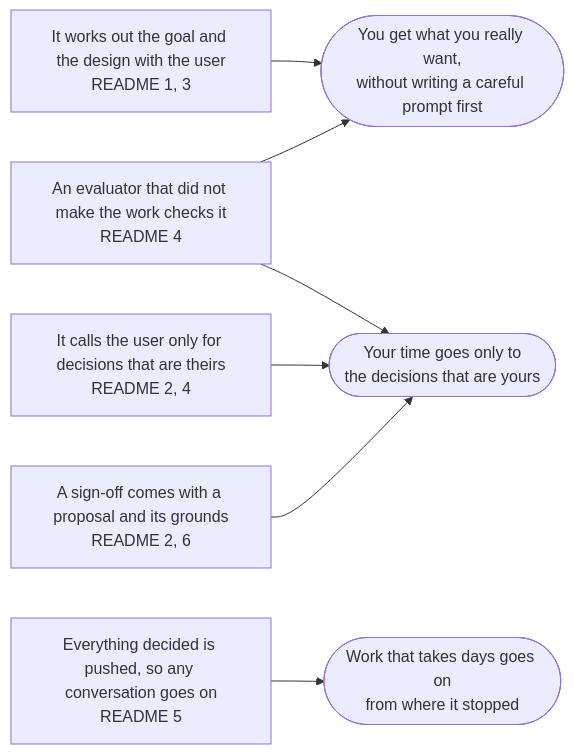
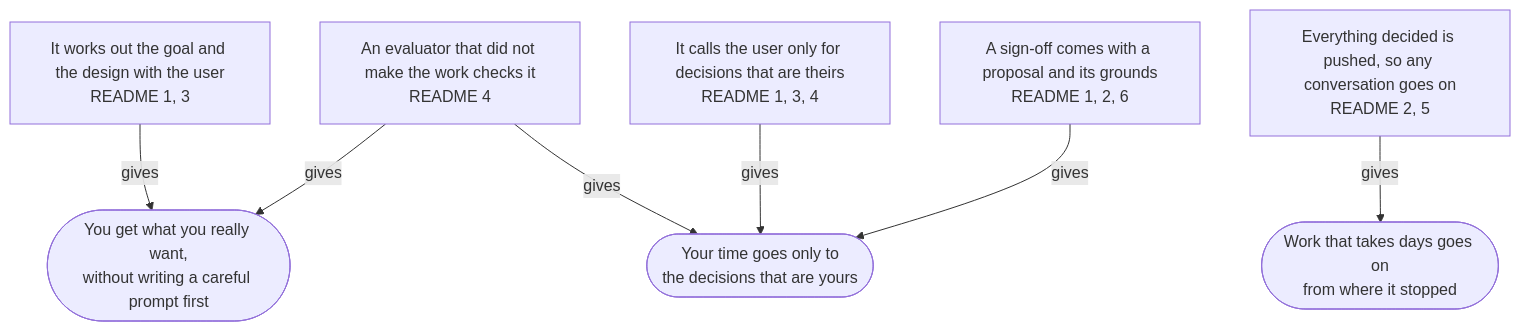
Before and after one commit to lovaizu/ccpm: the first of 4 diagrams in rn/docs/design.md, drawn with Mermaid. The commit also changed other lines of this file, not shown here.

````diff
--- a/rn/docs/design.md
+++ b/rn/docs/design.md
@@ -8,17 +5,17 @@
 ```mermaid
-flowchart LR
+flowchart TD
     F1["It works out the goal and the design with the user<br/>README 1, 3"]
+    F2["It calls the user only for decisions that are theirs<br/>README 1, 3, 4"]
     F3["An evaluator that did not make the work checks it<br/>README 4"]
-    F2["It calls the user only for decisions that are theirs<br/>README 2, 4"]
-    F4["A sign-off comes with a proposal and its grounds<br/>README 2, 6"]
-    F5["Everything decided is pushed, so any conversation goes on<br/>README 5"]
+    F4["A sign-off comes with a proposal and its grounds<br/>README 1, 2, 6"]
+    F5["Everything decided is pushed, so any conversation goes on<br/>README 2, 5"]
     B1(["You get what you really want,<br/>without writing a careful prompt first"])
     B2(["Your time goes only to<br/>the decisions that are yours"])
     B3(["Work that takes days goes on<br/>from where it stopped"])
-    F1 --> B1
-    F3 --> B1
-    F3 --> B2
-    F2 --> B2
-    F4 --> B2
-    F5 --> B3
+    F1 -->|"gives"| B1
+    F3 -->|"gives"| B1
+    F3 -->|"gives"| B2
+    F2 -->|"gives"| B2
+    F4 -->|"gives"| B2
+    F5 -->|"gives"| B3
 ```
````
